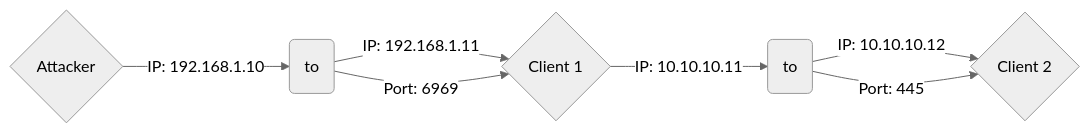
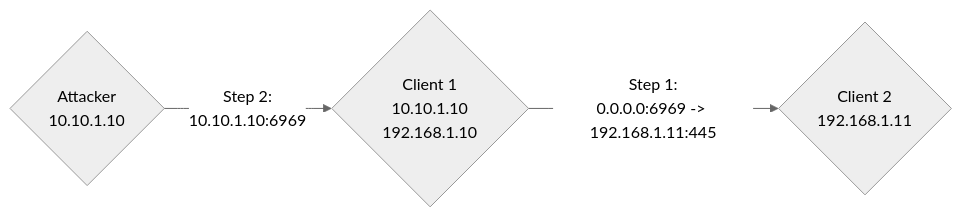
Before and after one commit to tylerdotrar/RGBwiki: the first of 3 diagrams in vault/Red Cell/05. Tunneling & Lateral Movement/Tunneling/netsh.md, drawn with Mermaid (neutral theme). The commit also changed other lines of this file and 229 other files, not shown here.

````diff
--- a/vault/Red Cell/05. Tunneling & Lateral Movement/Tunneling/netsh.md
+++ b/vault/Red Cell/05. Tunneling & Lateral Movement/Tunneling/netsh.md
@@ -57,16 +24,10 @@
 ```mermaid
 flowchart LR
 
-A{Attacker}
-B(to)
-C{Client 1}
-D(to)
-E{Client 2}
+A{Attacker<br>10.10.1.10}
+B{Client 1<br>10.10.1.10<br>192.168.1.10}
+C{Client 2<br>192.168.1.11}
 
-A --> | IP: 192.168.1.10 | B
-B --> | IP: 192.168.1.11 | C
-B --> | Port: 6969 | C
-C --> | IP: 10.10.10.11 | D
-D --> | IP: 10.10.10.12 | E
-D --> | Port: 445 | E
+A --> | Step 2:<br>10.10.1.10:6969 | B
+B --> | Step 1:<br>0.0.0.0:6969 -> 192.168.1.11:445 | C
 ```
````
